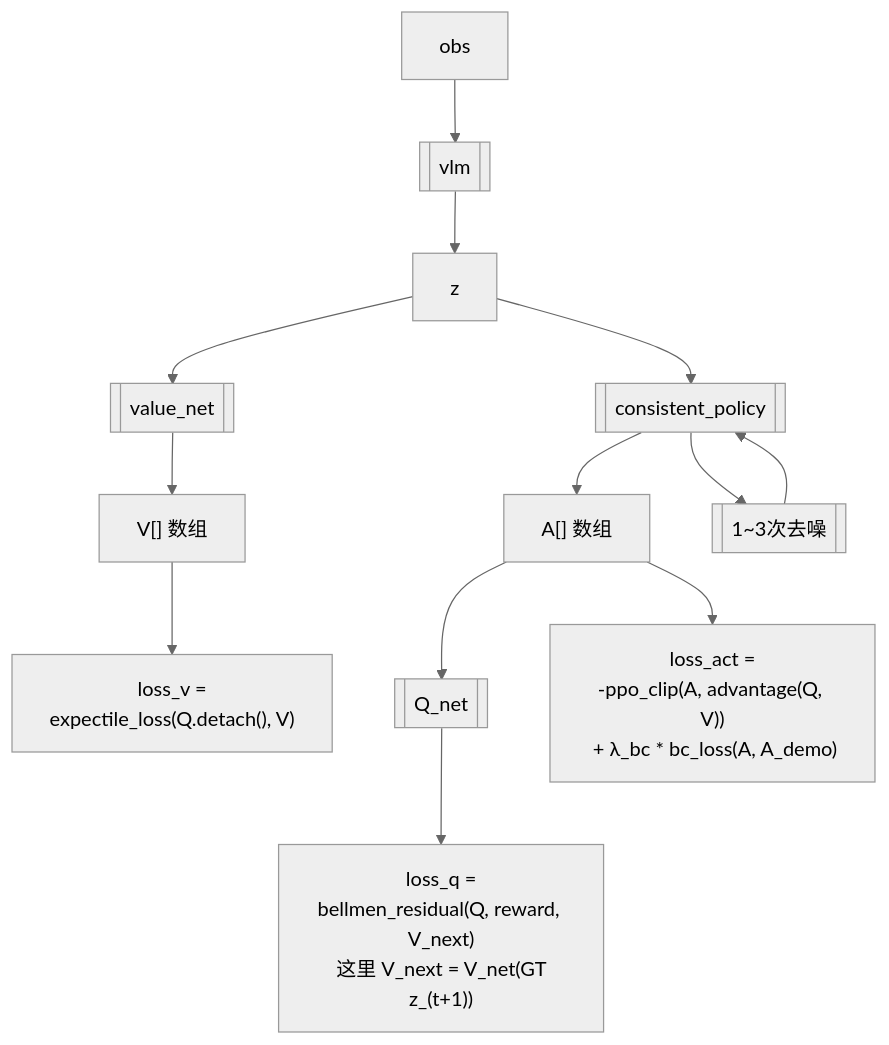
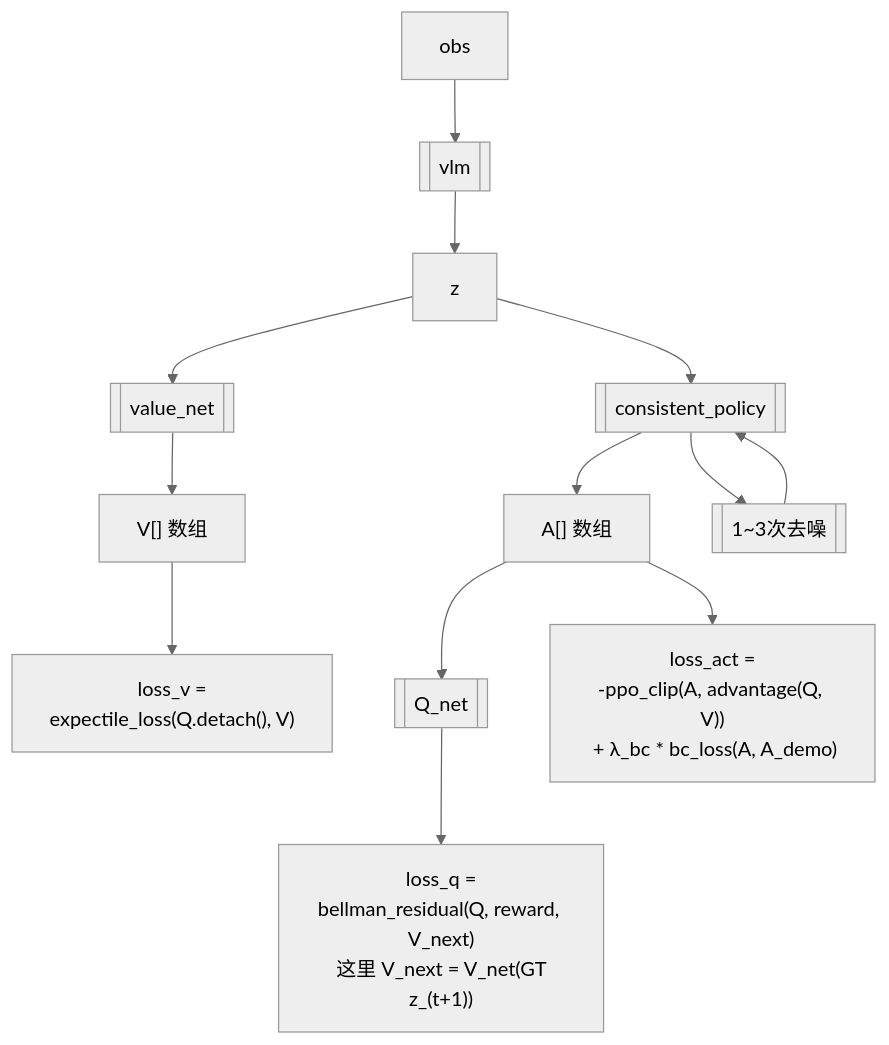
Before and after one commit to julyfun/how-to: the second of 3 diagrams in papers/papers-batch-2.md, drawn with Mermaid (neutral theme). The commit also changed other lines of this file, not shown here.

````diff
--- a/papers/papers-batch-2.md
+++ b/papers/papers-batch-2.md
@@ -167,8 +167,8 @@
 ```mermaid
 flowchart TD
     obs --> vlm[[vlm]] --> z
     z --> value_net[[value_net]] --> V["V[] 数组"] --> v_loss["loss_v =<br>expectile_loss(Q.detach(), V)"]
-    z --> policy[[consistent_policy]] --> A["A[] 数组"] --> Q[[Q_net]] --> q_loss["loss_q =<br>bellmen_residual(Q, reward, V_next)<br> 这里 V_next = V_net(GT z_(t+1))"]
+    z --> policy[[consistent_policy]] --> A["A[] 数组"] --> Q[[Q_net]] --> q_loss["loss_q =<br>bellman_residual(Q, reward, V_next)<br> 这里 V_next = V_net(GT z_(t+1))"]
     policy --> v[[1~3次去噪]] -->policy
     A --> loss_act["loss_act =<br>-ppo_clip(A, advantage(Q, V))<br> + λ_bc * bc_loss(A, A_demo)"]
 ```
````
